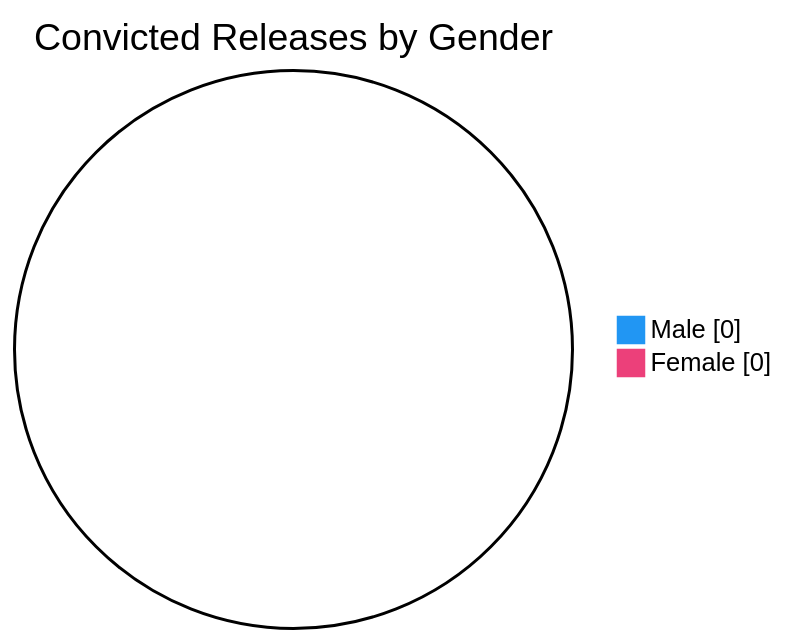
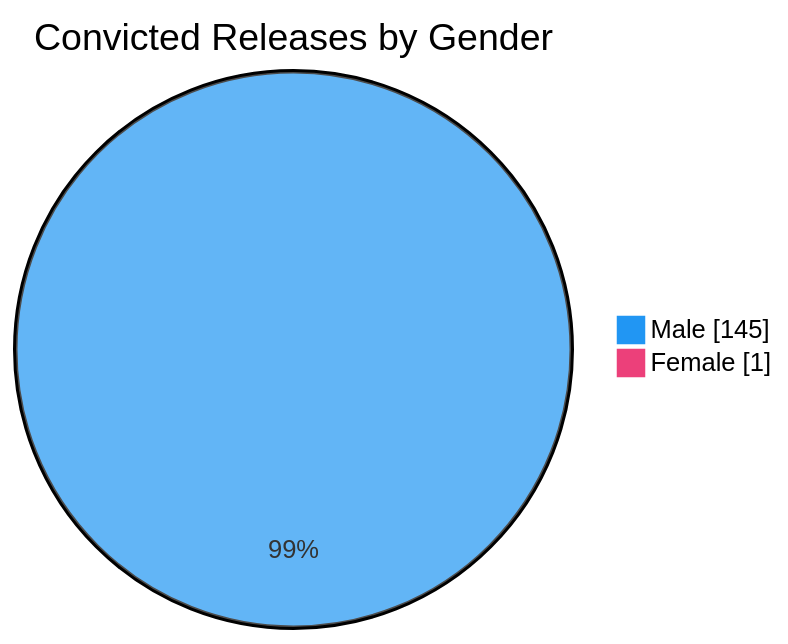
The sixth of 7 diagrams in README.md (nuuuwan/lk_prisons), drawn with Mermaid before and after one commit. The commit also changed other lines of this file and 1 other file, not shown here.

````diff
--- a/README.md
+++ b/README.md
@@ -98,6 +98,6 @@
 ```mermaid
 %%{init: {'themeVariables': {'pie1': '#2196F3', 'pie2': '#EC407A'}}}%%
 pie showData title Convicted Releases by Gender
-    "Male" : 0
-    "Female" : 0
+    "Male" : 145
+    "Female" : 1
 ```
````
